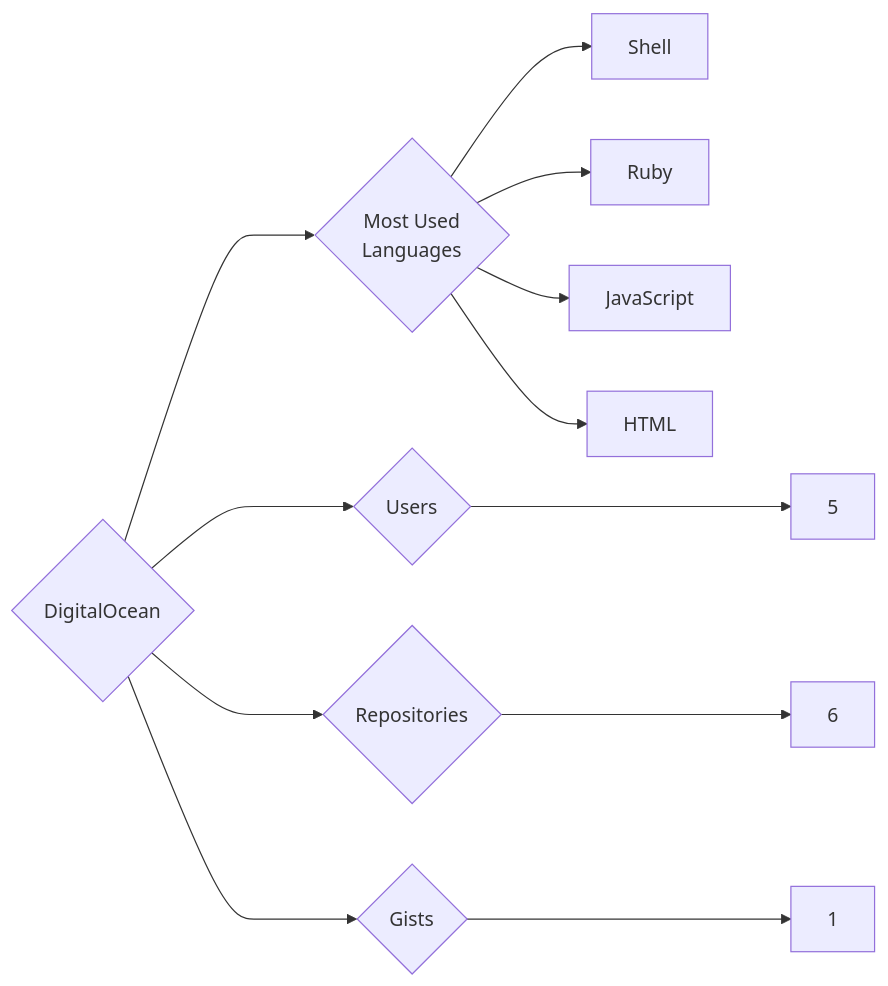
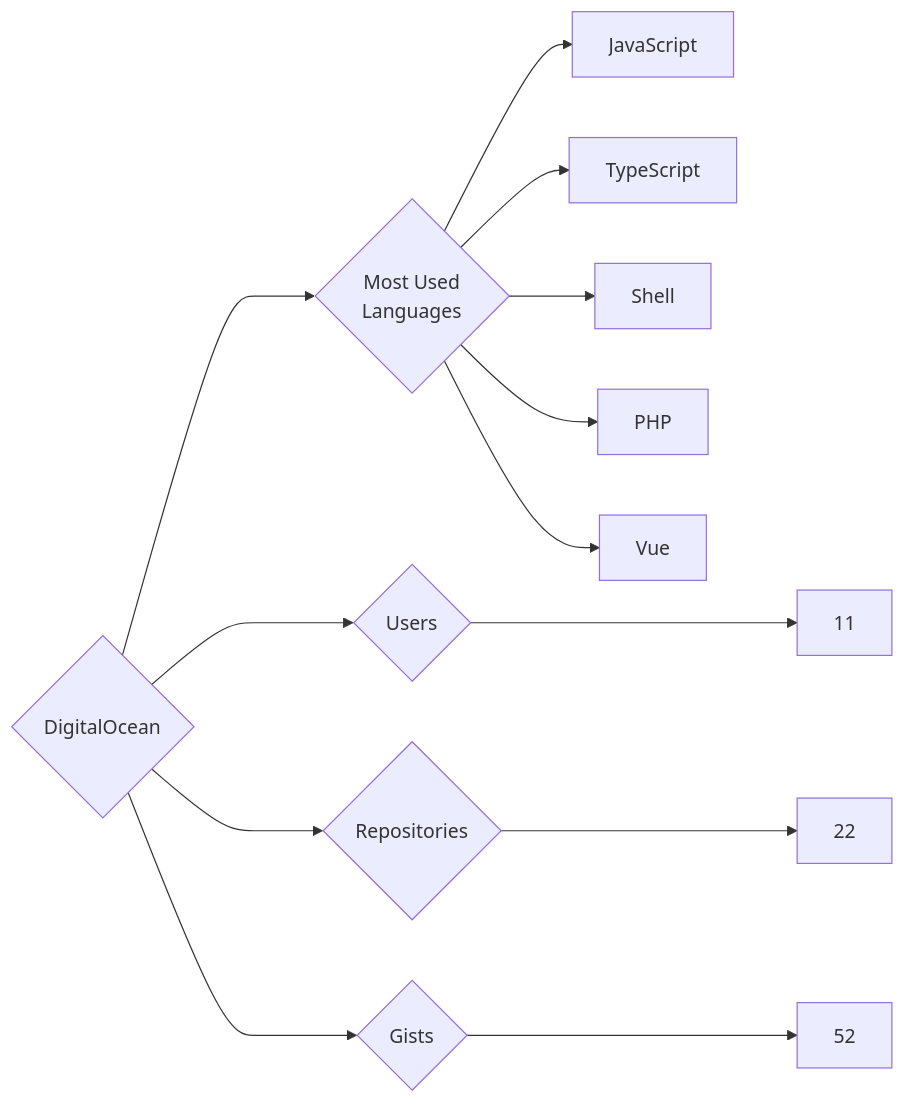
One commit to trickest/insiders changed the diagram in targets/DigitalOcean/README.md. Above: the diagram before and after it, drawn with Mermaid. The commit also changed 1123 other files, not shown here.

````diff
--- a/targets/DigitalOcean/README.md
+++ b/targets/DigitalOcean/README.md
@@ -3,12 +3,13 @@
 ```mermaid
 graph LR
 COMPANY_NAME{DigitalOcean}
-COMPANY_NAME ---> U{Users} ---> UN[5]
-COMPANY_NAME ---> R{Repositories} ---> RN[6]
-COMPANY_NAME ---> G{Gists} ---> GN[1]
+COMPANY_NAME ---> U{Users} ---> UN[11]
+COMPANY_NAME ---> R{Repositories} ---> RN[22]
+COMPANY_NAME ---> G{Gists} ---> GN[52]
 COMPANY_NAME ---> ML{Most Used<br>Languages}
+ML --> JavaScript[JavaScript]
+ML --> TypeScript[TypeScript]
 ML --> Shell[Shell]
-ML --> Ruby[Ruby]
-ML --> JavaScript[JavaScript]
-ML --> HTML[HTML]
+ML --> PHP[PHP]
+ML --> Vue[Vue]
 ```
````
